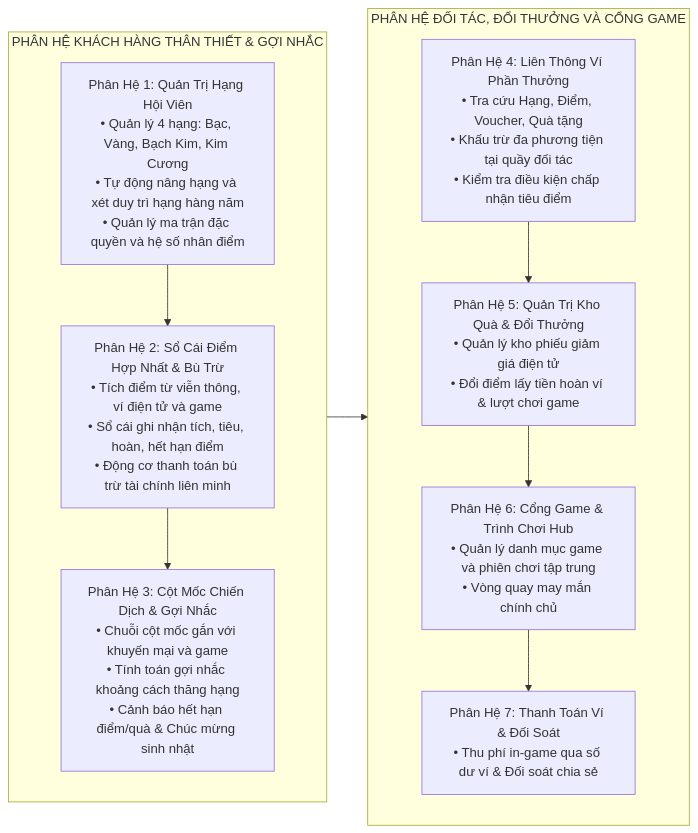
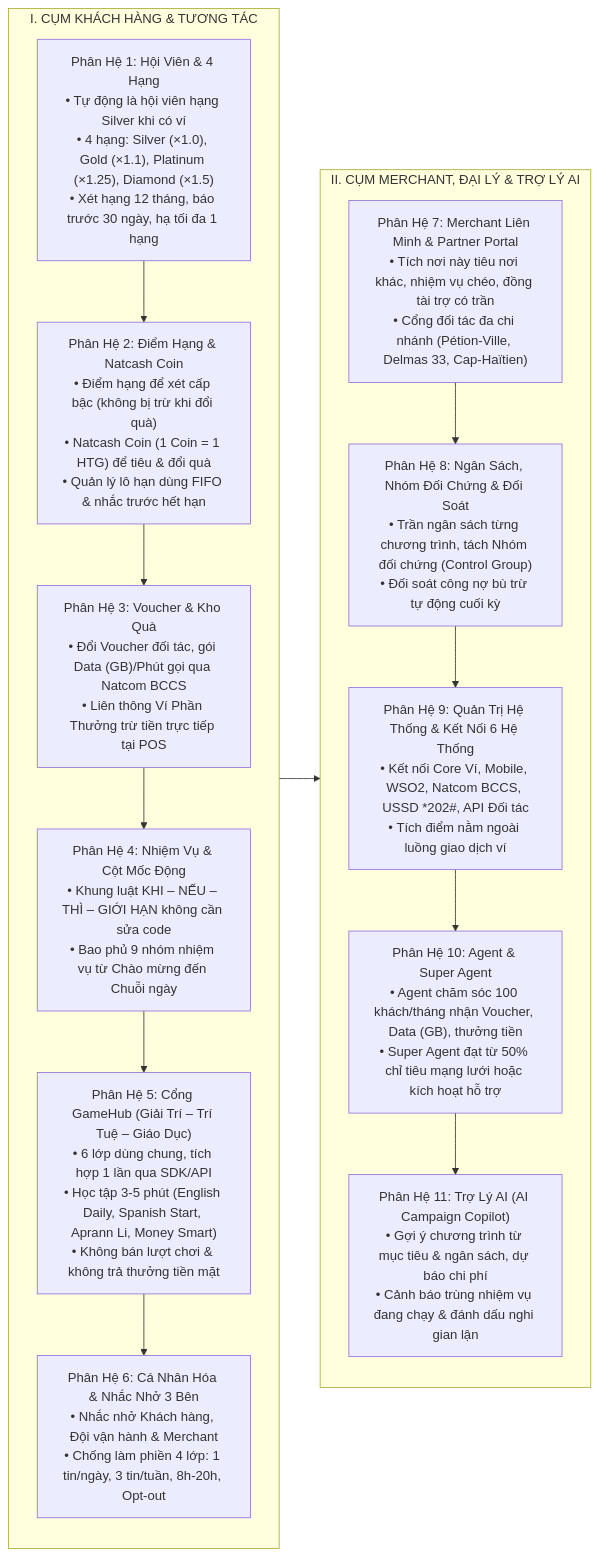
Before and after one commit to chapisoft/micro-loyalty: the sixth of 15 diagrams in docs/ba/detailed_design.md, drawn with Mermaid. The commit also changed other lines of this file and 7 other files, not shown here.

````diff
--- a/docs/ba/detailed_design.md
+++ b/docs/ba/detailed_design.md
@@ -316,24 +316,25 @@
 ```mermaid
 flowchart LR
-    subgraph COL_LOYALTY ["PHÂN HỆ KHÁCH HÀNG THÂN THIẾT & GỢI NHẮC"]
+    subgraph COL_LOYALTY ["I. CỤM KHÁCH HÀNG & TƯƠNG TÁC"]
         direction TB
-        MOD_TIER["Phân Hệ 1: Quản Trị Hạng Hội Viên<br/>• Quản lý 4 hạng: Bạc, Vàng, Bạch Kim, Kim Cương<br/>• Tự động nâng hạng và xét duy trì hạng hàng năm<br/>• Quản lý ma trận đặc quyền và hệ số nhân điểm"]
-        MOD_POINT["Phân Hệ 2: Sổ Cái Điểm Hợp Nhất & Bù Trừ<br/>• Tích điểm từ viễn thông, ví điện tử và game<br/>• Sổ cái ghi nhận tích, tiêu, hoàn, hết hạn điểm<br/>• Động cơ thanh toán bù trừ tài chính liên minh"]
-        MOD_MILESTONE["Phân Hệ 3: Cột Mốc Chiến Dịch & Gợi Nhắc<br/>• Chuỗi cột mốc gắn với khuyến mại và game<br/>• Tính toán gợi nhắc khoảng cách thăng hạng<br/>• Cảnh báo hết hạn điểm/quà & Chúc mừng sinh nhật"]
-        MOD_TIER --> MOD_POINT
-        MOD_POINT --> MOD_MILESTONE
+        MOD_TIER["Phân Hệ 1: Hội Viên & 4 Hạng<br/>• Tự động là hội viên hạng Silver khi có ví<br/>• 4 hạng: Silver (×1.0), Gold (×1.1), Platinum (×1.25), Diamond (×1.5)<br/>• Xét hạng 12 tháng, báo trước 30 ngày, hạ tối đa 1 hạng"]
+        MOD_POINT["Phân Hệ 2: Điểm Hạng & Natcash Coin<br/>• Điểm hạng để xét cấp bậc (không bị trừ khi đổi quà)<br/>• Natcash Coin (1 Coin = 1 HTG) để tiêu & đổi quà<br/>• Quản lý lô hạn dùng FIFO & nhắc trước hết hạn"]
+        MOD_VOUCHER["Phân Hệ 3: Voucher & Kho Quà<br/>• Đổi Voucher đối tác, gói Data (GB)/Phút gọi qua Natcom BCCS<br/>• Liên thông Ví Phần Thưởng trừ tiền trực tiếp tại POS"]
+        MOD_MISSION["Phân Hệ 4: Nhiệm Vụ & Cột Mốc Động<br/>• Khung luật KHI – NẾU – THÌ – GIỚI HẠN không cần sửa code<br/>• Bao phủ 9 nhóm nhiệm vụ từ Chào mừng đến Chuỗi ngày"]
+        MOD_GAME["Phân Hệ 5: Cổng GameHub (Giải Trí – Trí Tuệ – Giáo Dục)<br/>• 6 lớp dùng chung, tích hợp 1 lần qua SDK/API<br/>• Học tập 3-5 phút (English Daily, Spanish Start, Aprann Li, Money Smart)<br/>• Không bán lượt chơi & không trả thưởng tiền mặt"]
+        MOD_NUDGE["Phân Hệ 6: Cá Nhân Hóa & Nhắc Nhở 3 Bên<br/>• Nhắc nhở Khách hàng, Đội vận hành & Merchant<br/>• Chống làm phiền 4 lớp: 1 tin/ngày, 3 tin/tuần, 8h-20h, Opt-out"]
+        MOD_TIER --> MOD_POINT --> MOD_VOUCHER --> MOD_MISSION --> MOD_GAME --> MOD_NUDGE
     end
 
-    subgraph COL_GAME ["PHÂN HỆ ĐỐI TÁC, ĐỔI THƯỞNG VÀ CỔNG GAME"]
+    subgraph COL_OPS_AI ["II. CỤM MERCHANT, ĐẠI LÝ & TRỢ LÝ AI"]
         direction TB
-        MOD_REWARD_WALLET["Phân Hệ 4: Liên Thông Ví Phần Thưởng<br/>• Tra cứu Hạng, Điểm, Voucher, Quà tặng<br/>• Khấu trừ đa phương tiện tại quầy đối tác<br/>• Kiểm tra điều kiện chấp nhận tiêu điểm"]
-        MOD_REWARD["Phân Hệ 5: Quản Trị Kho Quà & Đổi Thưởng<br/>• Quản lý kho phiếu giảm giá điện tử<br/>• Đổi điểm lấy tiền hoàn ví & lượt chơi game"]
-        MOD_GAME["Phân Hệ 6: Cổng Game & Trình Chơi Hub<br/>• Quản lý danh mục game và phiên chơi tập trung<br/>• Vòng quay may mắn chính chủ"]
-        MOD_BILLING["Phân Hệ 7: Thanh Toán Ví & Đối Soát<br/>• Thu phí in-game qua số dư ví & Đối soát chia sẻ"]
-        MOD_REWARD_WALLET --> MOD_REWARD
-        MOD_REWARD --> MOD_GAME
-        MOD_GAME --> MOD_BILLING
+        MOD_COALITION["Phân Hệ 7: Merchant Liên Minh & Partner Portal<br/>• Tích nơi này tiêu nơi khác, nhiệm vụ chéo, đồng tài trợ có trần<br/>• Cổng đối tác đa chi nhánh (Pétion-Ville, Delmas 33, Cap-Haïtien)"]
+        MOD_CLEARING["Phân Hệ 8: Ngân Sách, Nhóm Đối Chứng & Đối Soát<br/>• Trần ngân sách từng chương trình, tách Nhóm đối chứng (Control Group)<br/>• Đối soát công nợ bù trừ tự động cuối kỳ"]
+        MOD_SYSTEM["Phân Hệ 9: Quản Trị Hệ Thống & Kết Nối 6 Hệ Thống<br/>• Kết nối Core Ví, Mobile, WSO2, Natcom BCCS, USSD *202#, API Đối tác<br/>• Tích điểm nằm ngoài luồng giao dịch ví"]
+        MOD_AGENT["Phân Hệ 10: Agent & Super Agent<br/>• Agent chăm sóc 100 khách/tháng nhận Voucher, Data (GB), thưởng tiền<br/>• Super Agent đạt từ 50% chỉ tiêu mạng lưới hoặc kích hoạt hỗ trợ"]
+        MOD_AI["Phân Hệ 11: Trợ Lý AI (AI Campaign Copilot)<br/>• Gợi ý chương trình từ mục tiêu & ngân sách, dự báo chi phí<br/>• Cảnh báo trùng nhiệm vụ đang chạy & đánh dấu nghi gian lận"]
+        MOD_COALITION --> MOD_CLEARING --> MOD_SYSTEM --> MOD_AGENT --> MOD_AI
     end
 
-    MOD_MILESTONE --> MOD_REWARD_WALLET
+    MOD_NUDGE --> MOD_COALITION
 ```
````
